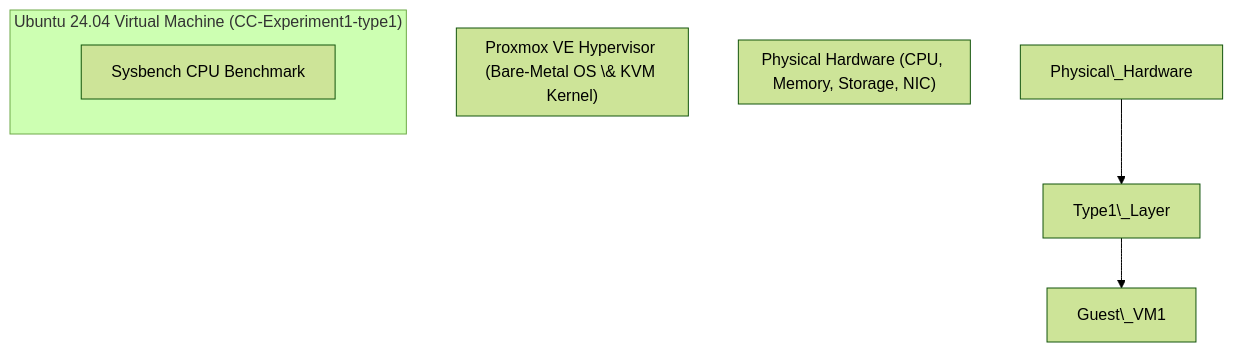
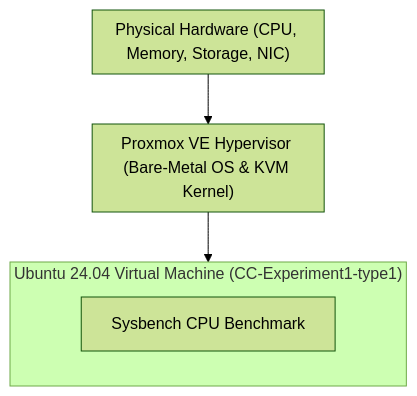
The first of 2 diagrams in README.md (joshuadasari11/CC-Lab), drawn with Mermaid (forest theme) before and after one commit. The commit also changed other lines of this file, not shown here.

````diff
--- a/README.md
+++ b/README.md
@@ -58,15 +57,15 @@
 ```mermaid
 graph TD
-    subgraph Physical\_Hardware\["Physical Hardware (CPU, Memory, Storage, NIC)"]
+    subgraph Physical_Hardware["Physical Hardware (CPU, Memory, Storage, NIC)"]
     end
     
-    subgraph Type1\_Layer\["Proxmox VE Hypervisor (Bare-Metal OS \& KVM Kernel)"]
+    subgraph Type1_Layer["Proxmox VE Hypervisor (Bare-Metal OS & KVM Kernel)"]
     end
     
-    subgraph Guest\_VM1\["Ubuntu 24.04 Virtual Machine (CC-Experiment1-type1)"]
-        Sysbench1\["Sysbench CPU Benchmark"]
+    subgraph Guest_VM1["Ubuntu 24.04 Virtual Machine (CC-Experiment1-type1)"]
+        Sysbench1["Sysbench CPU Benchmark"]
     end
     
-    Physical\_Hardware --> Type1\_Layer
-    Type1\_Layer --> Guest\_VM1
+    Physical_Hardware --> Type1_Layer
+    Type1_Layer --> Guest_VM1
 ```
````
